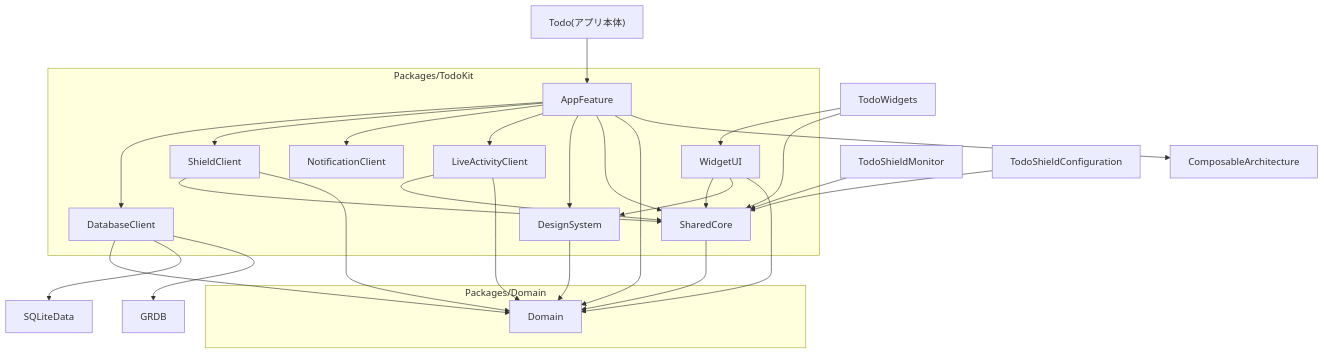
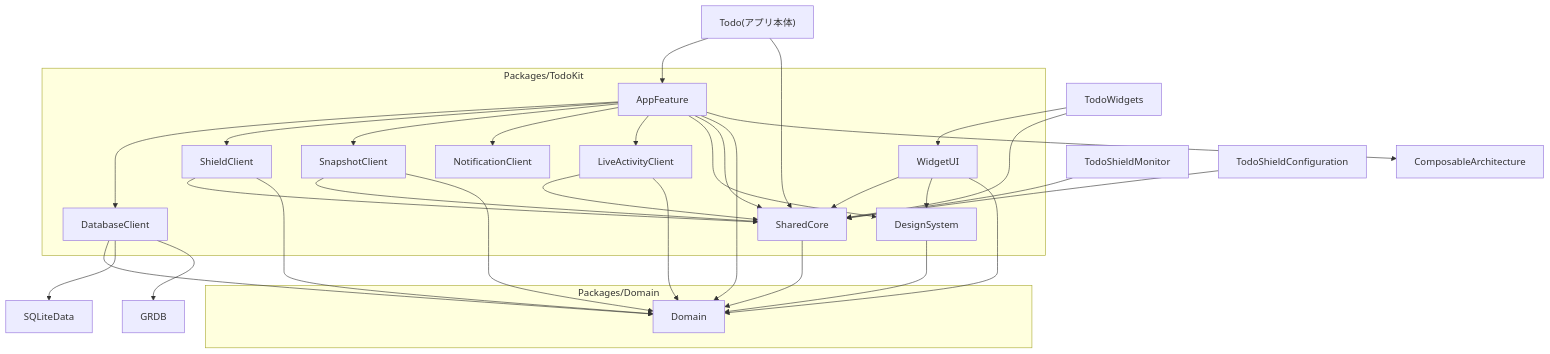
The first of 2 diagrams in docs/engineering/architecture.md (TaiyoYamada/todo), drawn with Mermaid before and after one commit. The commit also changed other lines of this file, not shown here.

````diff
--- a/docs/engineering/architecture.md
+++ b/docs/engineering/architecture.md
@@ -48,37 +64,41 @@
 ```mermaid
 flowchart TD
     App["Todo(アプリ本体)"] --> AppFeature
+    App --> SharedCore
     Widgets["TodoWidgets"] --> WidgetUI
     Widgets --> SharedCore
     Monitor["TodoShieldMonitor"] --> SharedCore
     ShieldConfig["TodoShieldConfiguration"] --> SharedCore
 
     subgraph TodoKit["Packages/TodoKit"]
         AppFeature --> DatabaseClient
         AppFeature --> ShieldClient
+        AppFeature --> SnapshotClient
         AppFeature --> NotificationClient
         AppFeature --> LiveActivityClient
         AppFeature --> DesignSystem
         AppFeature --> SharedCore
         ShieldClient --> SharedCore
+        SnapshotClient --> SharedCore
         LiveActivityClient --> SharedCore
         WidgetUI --> SharedCore
         WidgetUI --> DesignSystem
     end
 
     subgraph DomainPackage["Packages/Domain"]
         Domain
     end
 
     AppFeature --> Domain
     DatabaseClient --> Domain
     ShieldClient --> Domain
+    SnapshotClient --> Domain
     LiveActivityClient --> Domain
     WidgetUI --> Domain
     SharedCore --> Domain
     DesignSystem --> Domain
 
     AppFeature --> TCA["ComposableArchitecture"]
     DatabaseClient --> SQLiteData
     DatabaseClient --> GRDB
 ```
````
